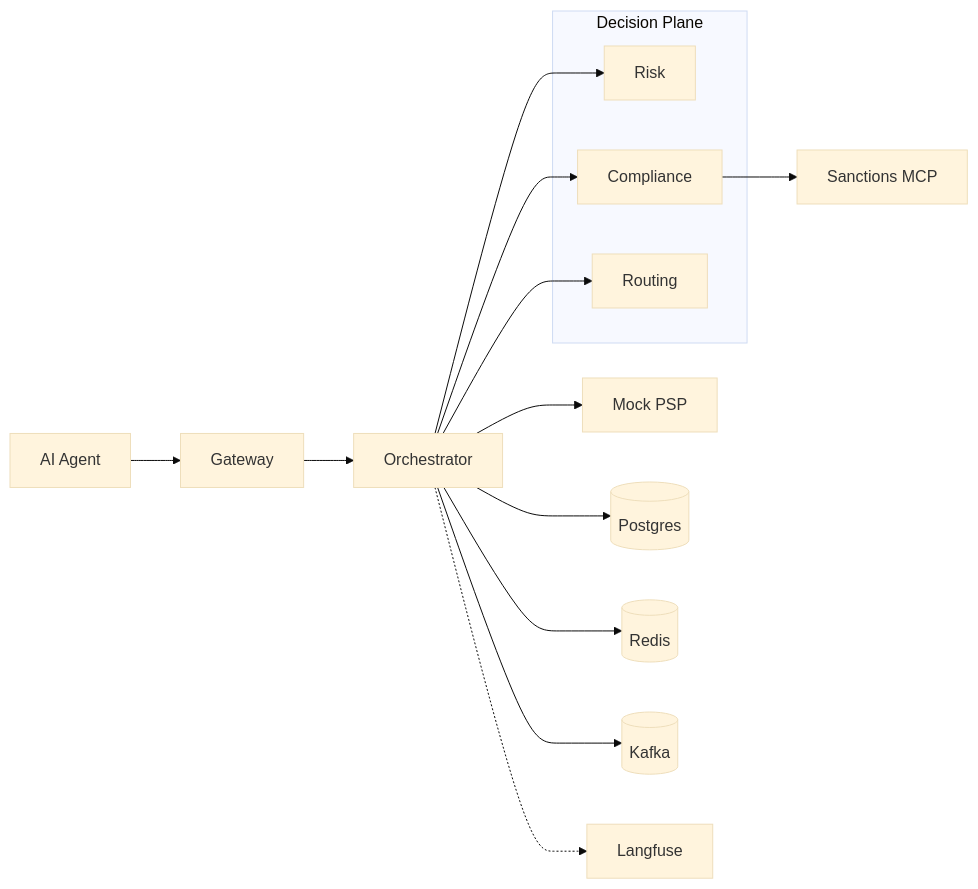
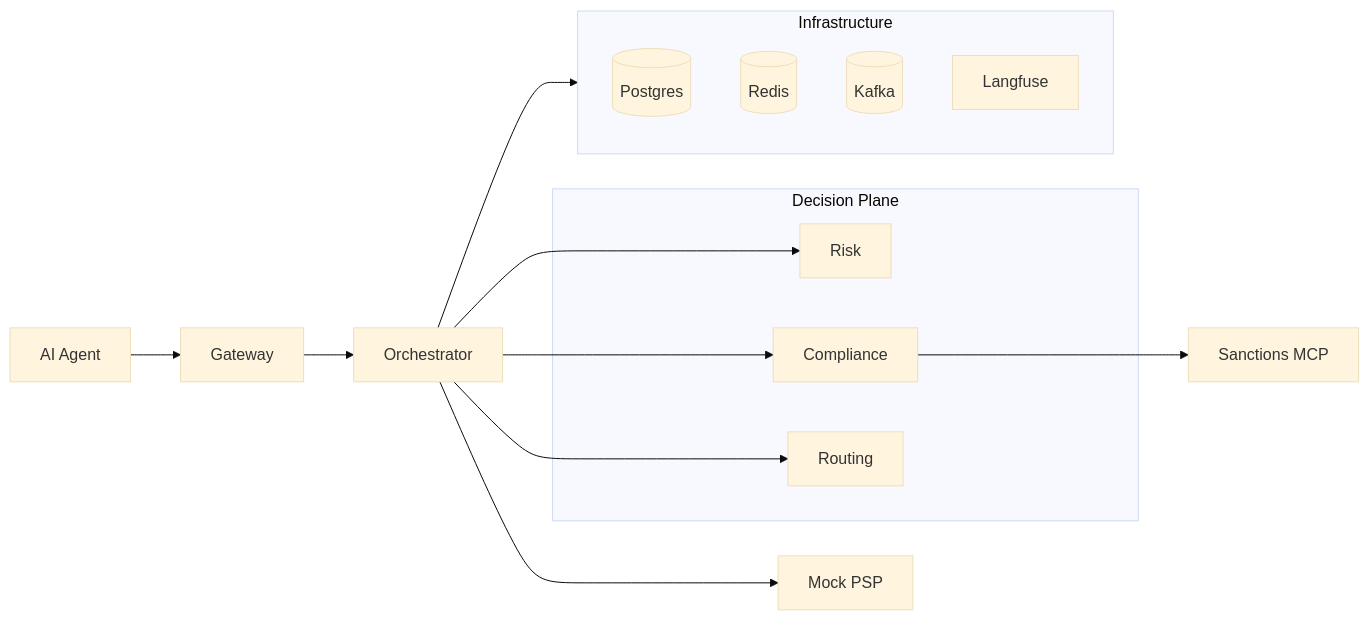
One commit to deniskarlinsky/agentpay-gateway changed the diagram in README.md. Above: the diagram before and after it, drawn with Mermaid (base theme).

Commit message:
docs(readme): group infra nodes in Mermaid subgraph

````diff
--- a/README.md
+++ b/README.md
@@ -7,19 +7,22 @@
 ```mermaid
 flowchart LR
     Agent[AI Agent] --> Gateway
     Gateway --> Orchestrator
     subgraph DecisionPlane[Decision Plane]
         Risk
         Compliance
         Routing
     end
     Orchestrator --> Risk
     Orchestrator --> Compliance
     Orchestrator --> Routing
     Compliance --> Sanctions[Sanctions MCP]
     Orchestrator --> PSP[Mock PSP]
-    Orchestrator --> Postgres[(Postgres)]
-    Orchestrator --> Redis[(Redis)]
-    Orchestrator --> Kafka[(Kafka)]
-    Orchestrator -.-> Langfuse
+    subgraph Infra[Infrastructure]
+        Postgres[(Postgres)]
+        Redis[(Redis)]
+        Kafka[(Kafka)]
+        Langfuse
+    end
+    Orchestrator --> Infra
 ```
````
